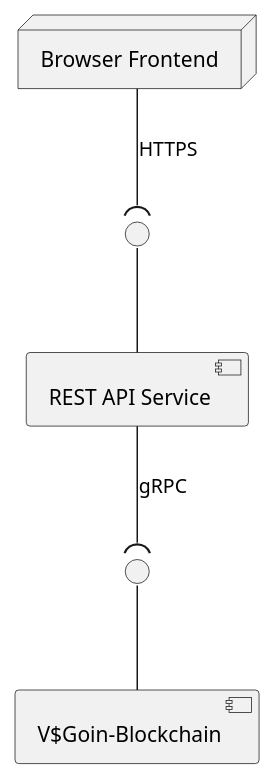
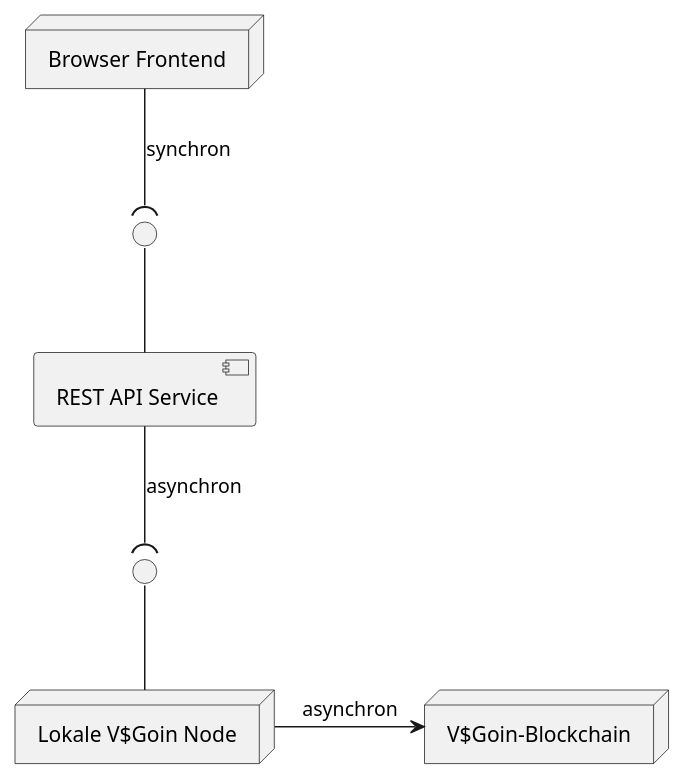
Before and after one commit to bjoern621/VSP-Blockchain: the first of 4 diagrams in docs/arc42/arc42-Api/API.md, drawn with PlantUML. The commit also changed other lines of this file, not shown here.

Commit message:
Wechsel von Library zu lokaler Node

`````diff
--- a/docs/arc42/arc42-Api/API.md
+++ b/docs/arc42/arc42-Api/API.md
@@ -122,22 +122,23 @@
     ````plantuml
     @startuml
     node "Browser Frontend" as browser
     
     component "REST API Service" as api
     
-    
-      component "V$Goin-Blockchain" as blockChain
+    node "Lokale V$Goin Node" as localNode
+    node "V$Goin-Blockchain" as blockChain
     
     ' Lollipop-Schnittstelle am REST API Service
     interface " " as apiInterface
     apiInterface -- api
     
     ' Browser nutzt die Schnittstelle
-    browser --( apiInterface : HTTPS
+    browser --( apiInterface : synchron
     
     ' REST API hängt von Blockchain ab
     interface " " as blockchainApi
-    blockchainApi -- blockChain
-    api --( blockchainApi : gRPC
-    @enduml
+    blockchainApi -- localNode
+    api --( blockchainApi : asynchron
+    localNode -right-> blockChain : asynchron
+@enduml
     ````
`````
